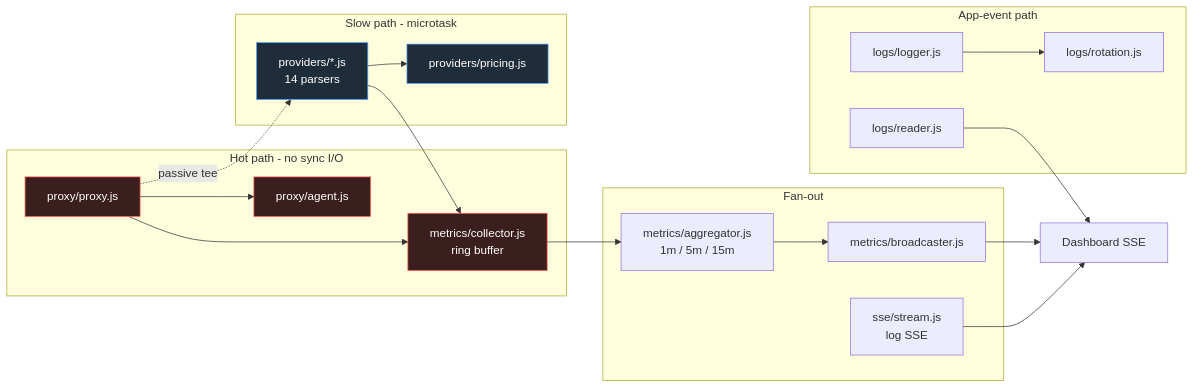
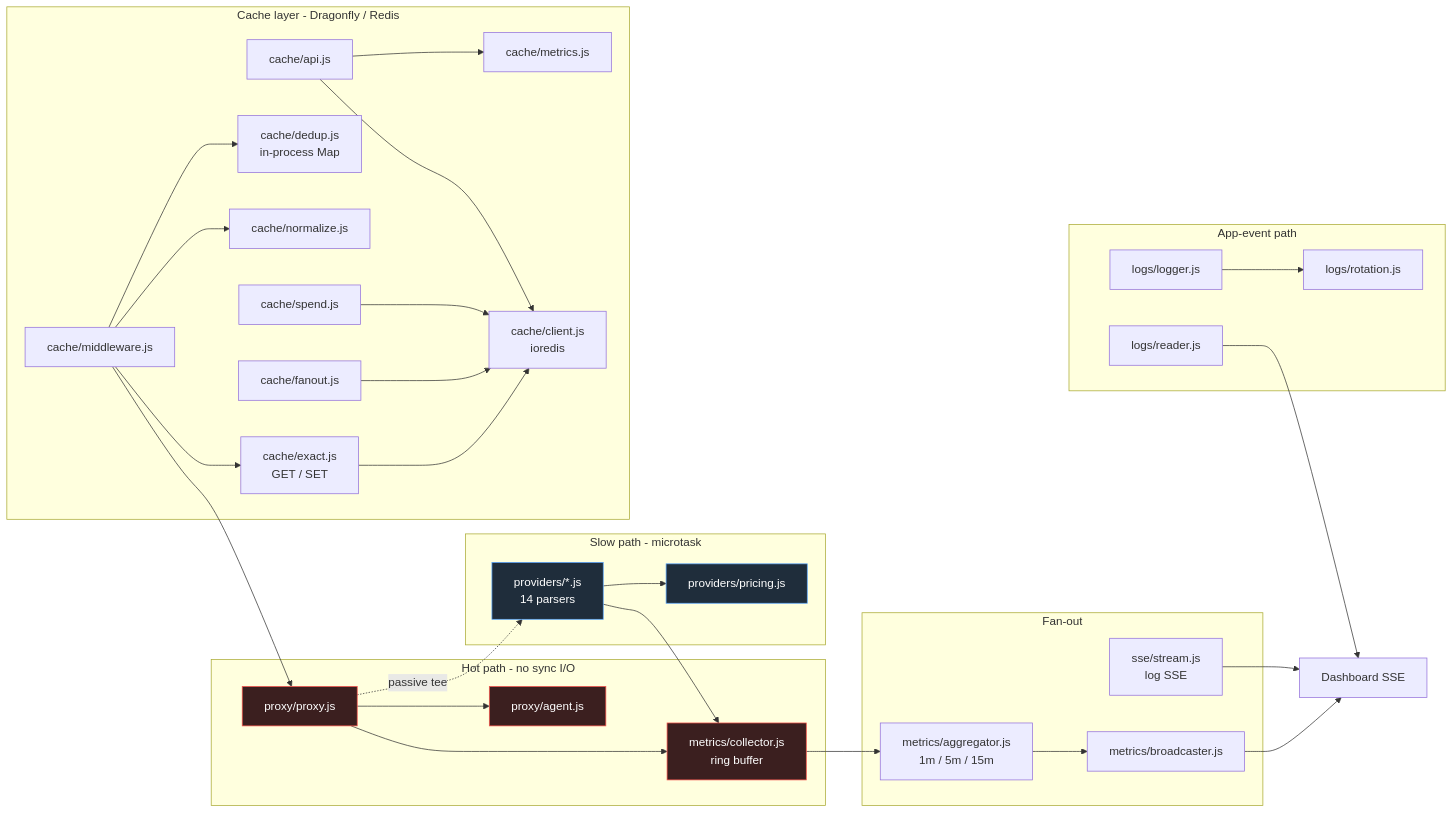
One commit to ksandell/AIRelay changed the second of 3 diagrams in docs/ARCHITECTURE.md. Above: the diagram before and after it, drawn with Mermaid. The commit also changed other lines of this file and 5 other files, not shown here.

Commit message:
docs: add Dragonfly cache to compose, CONFIGURATION, ARCHITECTURE, OPERATIONS, CHANGELOG (v0.6.0)

````diff
--- a/docs/ARCHITECTURE.md
+++ b/docs/ARCHITECTURE.md
@@ -41,39 +41,60 @@
 ```mermaid
 flowchart LR
     subgraph hot[Hot path - no sync I/O]
         proxy[proxy/proxy.js]
         agent[proxy/agent.js]
         collector[metrics/collector.js<br/>ring buffer]
     end
     subgraph slow[Slow path - microtask]
         provider[providers/*.js<br/>14 parsers]
         pricing[providers/pricing.js]
     end
     subgraph fanout[Fan-out]
         aggregator[metrics/aggregator.js<br/>1m / 5m / 15m]
         broadcaster[metrics/broadcaster.js]
         sse[sse/stream.js<br/>log SSE]
     end
     subgraph app[App-event path]
         logger[logs/logger.js]
         rotation[logs/rotation.js]
         reader[logs/reader.js]
     end
+    subgraph cache[Cache layer - Dragonfly / Redis]
+        cmw[cache/middleware.js]
+        cexact[cache/exact.js<br/>GET / SET]
+        cdedup[cache/dedup.js<br/>in-process Map]
+        cnorm[cache/normalize.js]
+        cspend[cache/spend.js]
+        cfanout[cache/fanout.js]
+        cmetrics[cache/metrics.js]
+        capi[cache/api.js]
+        cclient[cache/client.js<br/>ioredis]
+    end
+
+    cmw --> cexact
+    cmw --> cdedup
+    cexact --> cclient
+    cmw --> cnorm
+    cfanout --> cclient
+    cspend --> cclient
+    capi --> cclient
+    capi --> cmetrics
+    cmw --> proxy
 
     proxy --> agent
     proxy --> collector
     proxy -.passive tee.-> provider
     provider --> pricing
     provider --> collector
     collector --> aggregator
     aggregator --> broadcaster
     broadcaster --> ui[Dashboard SSE]
     sse --> ui
     logger --> rotation
     reader --> ui
 
     classDef hotcls fill:#3b1f1f,stroke:#f85149,color:#fff
     classDef slowcls fill:#1f2d3b,stroke:#58a6ff,color:#fff
     class proxy,agent,collector hotcls
     class provider,pricing slowcls
 ```
````
